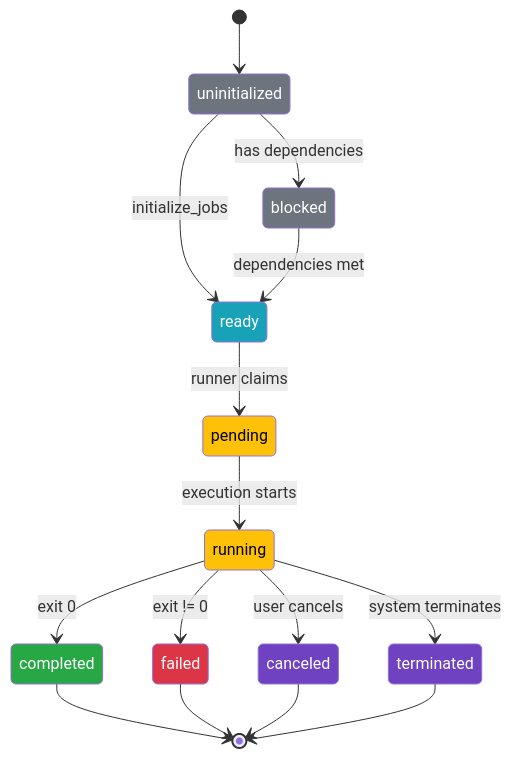
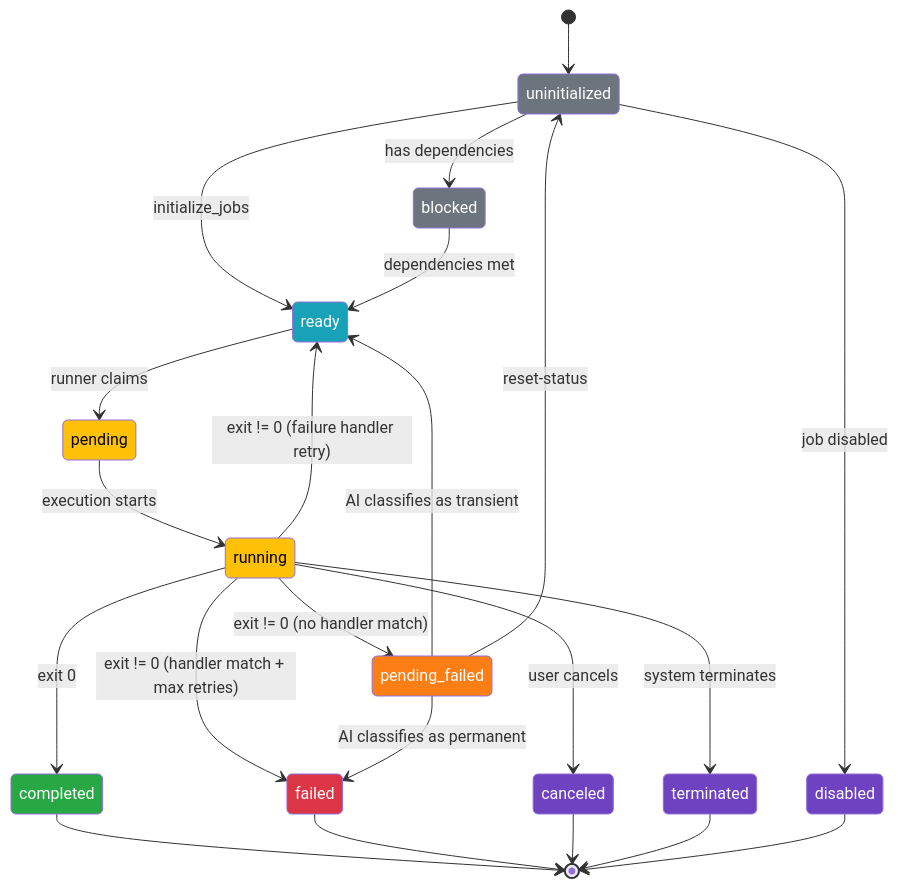
One commit to NREL/torc changed the diagram in docs/src/core/concepts/job-states.md. Above: the diagram before and after it, drawn with Mermaid. The commit also changed other lines of this file and 39 other files, not shown here.

````diff
--- a/docs/src/core/concepts/job-states.md
+++ b/docs/src/core/concepts/job-states.md
@@ -5,34 +5,44 @@
 ```mermaid
 stateDiagram-v2
     [*] --> uninitialized
     uninitialized --> ready: initialize_jobs
     uninitialized --> blocked: has dependencies
+    uninitialized --> disabled: job disabled
 
     blocked --> ready: dependencies met
     ready --> pending: runner claims
     pending --> running: execution starts
 
     running --> completed: exit 0
-    running --> failed: exit != 0
+    running --> failed: exit != 0 (handler match + max retries)
+    running --> pending_failed: exit != 0 (no handler match)
+    running --> ready: exit != 0 (failure handler retry)
     running --> canceled: user cancels
     running --> terminated: system terminates
+
+    pending_failed --> failed: AI classifies as permanent
+    pending_failed --> ready: AI classifies as transient
+    pending_failed --> uninitialized: reset-status
 
     completed --> [*]
     failed --> [*]
     canceled --> [*]
     terminated --> [*]
+    disabled --> [*]
 
     classDef waiting fill:#6c757d,color:#fff
     classDef ready fill:#17a2b8,color:#fff
     classDef active fill:#ffc107,color:#000
     classDef success fill:#28a745,color:#fff
     classDef error fill:#dc3545,color:#fff
     classDef stopped fill:#6f42c1,color:#fff
+    classDef classification fill:#fd7e14,color:#fff
 
     class uninitialized,blocked waiting
     class ready ready
     class pending,running active
     class completed success
     class failed error
-    class canceled,terminated stopped
+    class canceled,terminated,disabled stopped
+    class pending_failed classification
 ```
````
